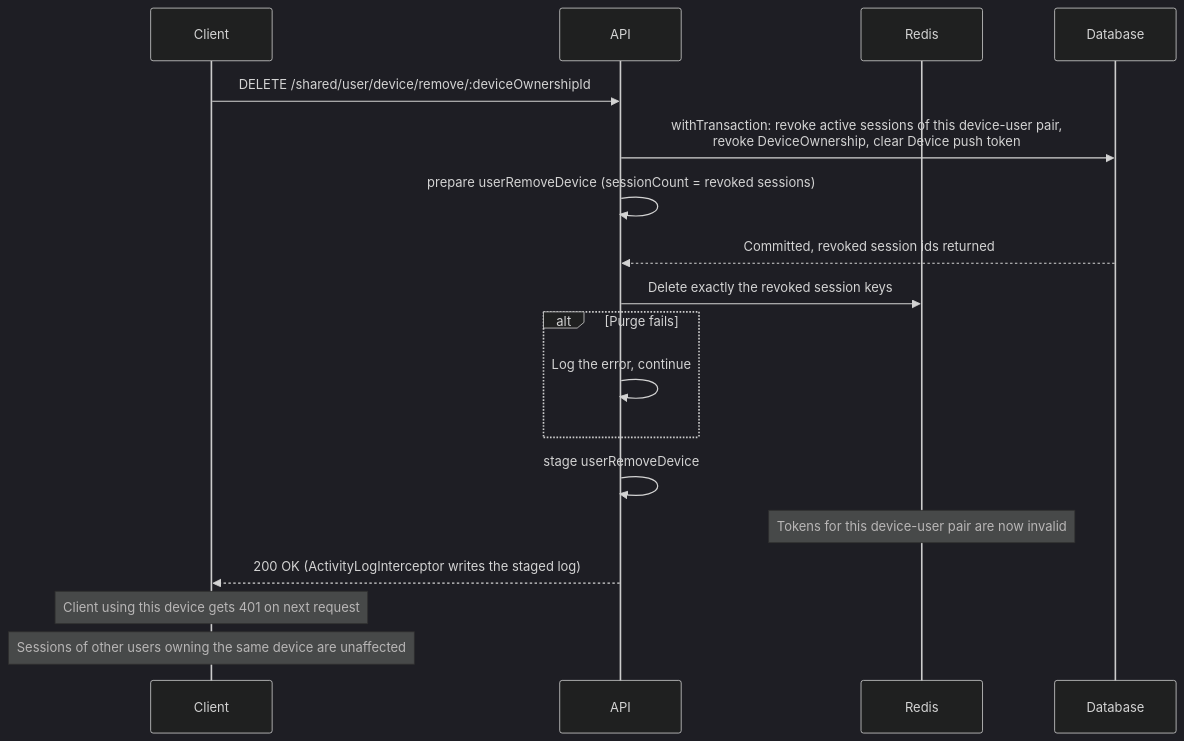
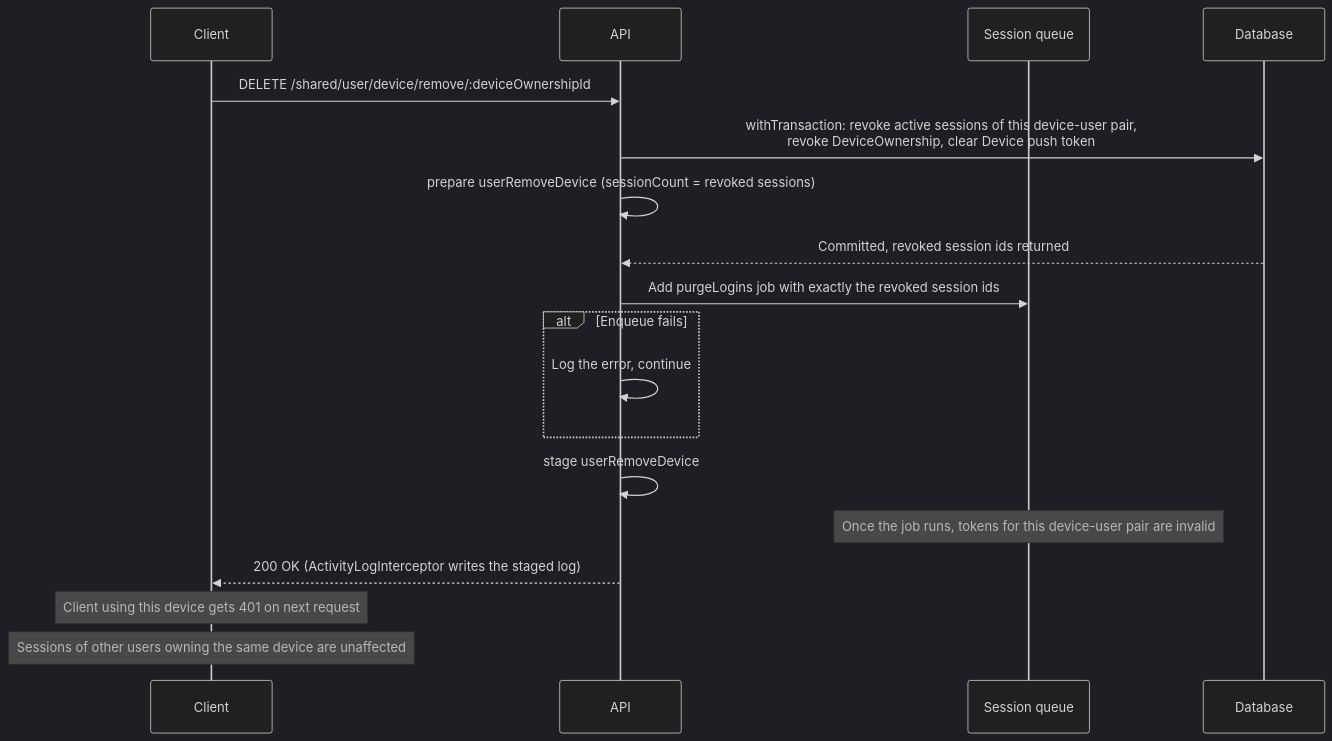
Before and after one commit to andrechristikan/ack-nestjs-boilerplate: the diagram in docs/device.md, drawn with Mermaid (dark theme). The commit also changed other lines of this file and 340 other files, not shown here.

````diff
--- a/docs/device.md
+++ b/docs/device.md
@@ -190,21 +190,21 @@
 ```mermaid
 sequenceDiagram
     participant Client
     participant API
-    participant Redis
+    participant Queue as Session queue
     participant Database
 
     Client->>API: DELETE /shared/user/device/remove/:deviceOwnershipId
     API->>Database: withTransaction: revoke active sessions of this device-user pair,<br/>revoke DeviceOwnership, clear Device push token
     API->>API: prepare userRemoveDevice (sessionCount = revoked sessions)
     Database-->>API: Committed, revoked session ids returned
-    API->>Redis: Delete exactly the revoked session keys
-    alt Purge fails
+    API->>Queue: Add purgeLogins job with exactly the revoked session ids
+    alt Enqueue fails
         API->>API: Log the error, continue
     end
     API->>API: stage userRemoveDevice
-    Note over Redis: Tokens for this device-user pair are now invalid
+    Note over Queue: Once the job runs, tokens for this device-user pair are invalid
     API-->>Client: 200 OK (ActivityLogInterceptor writes the staged log)
     Note over Client: Client using this device gets 401 on next request
     Note over Client: Sessions of other users owning the same device are unaffected
 ```
````
